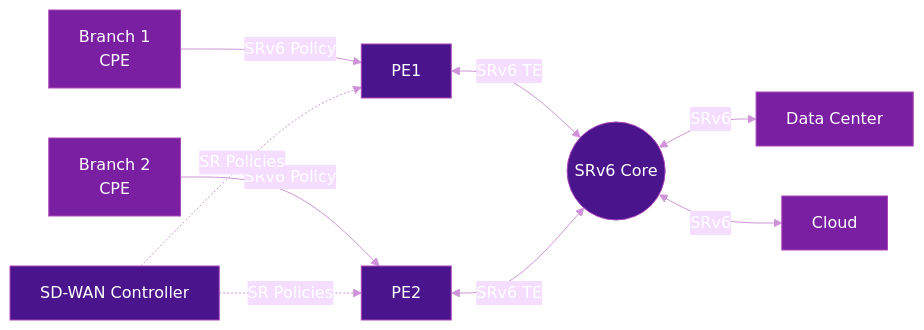
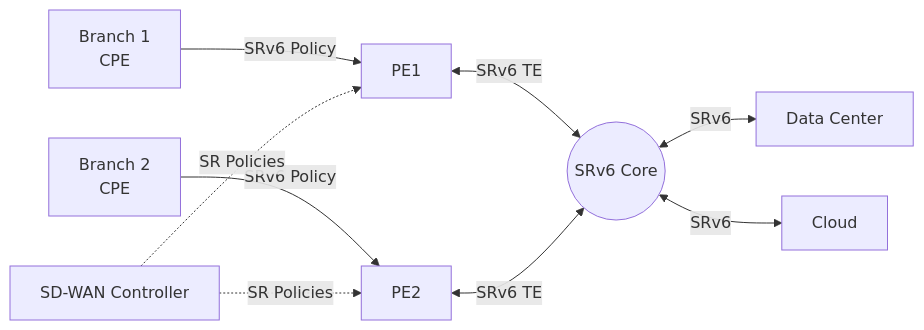
The second of 3 diagrams in docs/use-cases/sd-wan.md (eldaninavas/srv6.md), drawn with Mermaid before and after one commit. The commit also changed other lines of this file and 29 other files, not shown here.

First line of the commit message:
fix(mermaid): apply theme-aware colors site-wide

````diff
--- a/docs/use-cases/sd-wan.md
+++ b/docs/use-cases/sd-wan.md
@@ -54,21 +49,11 @@
 ```mermaid
-%%{init: {"theme": "base", "themeVariables": {"primaryTextColor": "#fff", "lineColor": "#ce93d8", "textColor": "#fff"}}}%%
 graph LR
     B1[Branch 1<br/>CPE] -->|SRv6 Policy| PE1[PE1]
     B2[Branch 2<br/>CPE] -->|SRv6 Policy| PE2[PE2]
     PE1 <-->|SRv6 TE| CORE((SRv6 Core))
     PE2 <-->|SRv6 TE| CORE
     CORE <-->|SRv6| DC[Data Center]
     CORE <-->|SRv6| CLOUD[Cloud]
     CTRL[SD-WAN Controller] -.->|SR Policies| PE1
     CTRL -.->|SR Policies| PE2
-
-    style B1 fill:#7b1fa2,color:#fff,stroke:#ab47bc
-    style B2 fill:#7b1fa2,color:#fff,stroke:#ab47bc
-    style PE1 fill:#4a148c,color:#fff,stroke:#ab47bc
-    style PE2 fill:#4a148c,color:#fff,stroke:#ab47bc
-    style CORE fill:#4a148c,color:#fff,stroke:#ab47bc
-    style DC fill:#7b1fa2,color:#fff,stroke:#ab47bc
-    style CLOUD fill:#7b1fa2,color:#fff,stroke:#ab47bc
-    style CTRL fill:#4a148c,color:#fff,stroke:#ab47bc
 ```
````
